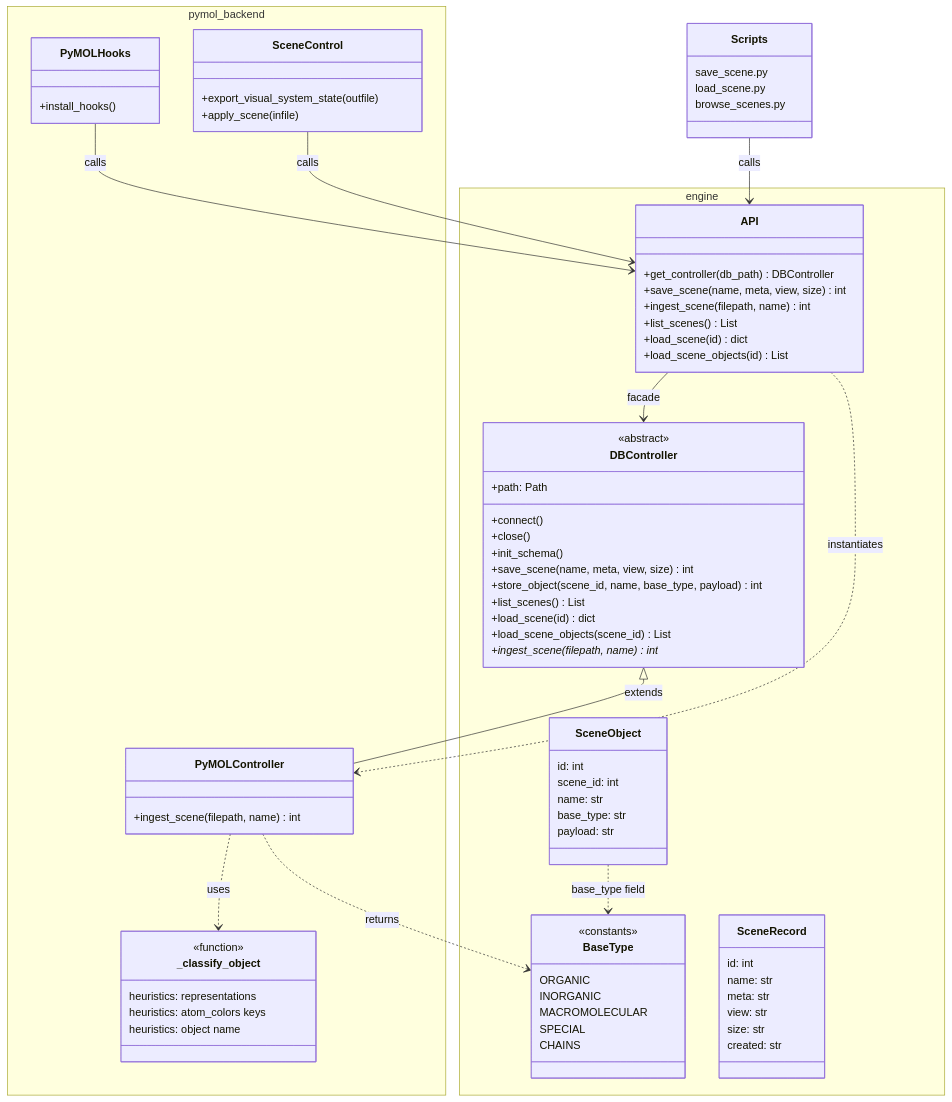
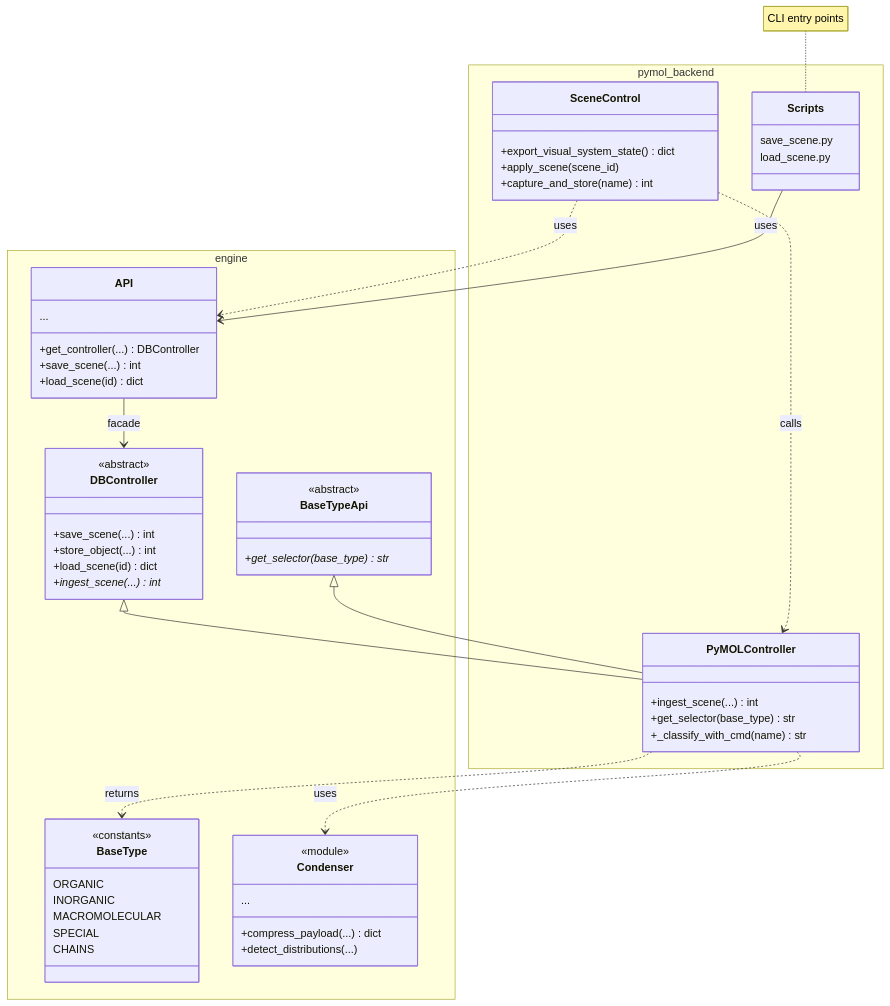
The diagram in README.md (ststevanovic/rac-pymol), drawn with Mermaid before and after one commit. The commit also changed other lines of this file, not shown here.

Commit message:
update readme uml

````diff
--- a/README.md
+++ b/README.md
@@ -15,16 +25,15 @@
     namespace engine {
         class DBController {
             <<abstract>>
-            +path: Path
-            +connect()
-            +close()
-            +init_schema()
-            +save_scene(name, meta, view, size) int
-            +store_object(scene_id, name, base_type, payload) int
-            +list_scenes() List
+            +save_scene(...) int
+            +store_object(...) int
             +load_scene(id) dict
-            +load_scene_objects(scene_id) List
-            +ingest_scene(filepath, name)* int
+            +ingest_scene(...)* int
+        }
+
+        class BaseTypeApi {
+            <<abstract>>
+            +get_selector(base_type)* str
         }
 
         class BaseType {
@@ -36,68 +45,48 @@
             CHAINS
         }
 
-        class SceneRecord {
-            id: int
-            name: str
-            meta: str
-            view: str
-            size: str
-            created: str
-        }
-
-        class SceneObject {
-            id: int
-            scene_id: int
-            name: str
-            base_type: str
-            payload: str
+        class Condenser {
+            <<module>>
+            +compress_payload(...) dict
+            +detect_distributions(...)
+            ...
         }
 
         class API {
-            +get_controller(db_path) DBController
-            +save_scene(name, meta, view, size) int
-            +ingest_scene(filepath, name) int
-            +list_scenes() List
+            +get_controller(...) DBController
+            +save_scene(...) int
             +load_scene(id) dict
-            +load_scene_objects(id) List
+            ...
         }
     }
 
     namespace pymol_backend {
         class PyMOLController {
-            +ingest_scene(filepath, name) int
-        }
-
-        class _classify_object {
-            <<function>>
-            heuristics: representations
-            heuristics: atom_colors keys
-            heuristics: object name
+            +ingest_scene(...) int
+            +get_selector(base_type) str
+            +_classify_with_cmd(name) str
         }
 
         class SceneControl {
-            +export_visual_system_state(outfile)
-            +apply_scene(infile)
+            +export_visual_system_state() dict
+            +apply_scene(scene_id)
+            +capture_and_store(name) int
         }
 
-        class PyMOLHooks {
-            +install_hooks()
+        class Scripts {
+            save_scene.py
+            load_scene.py
         }
     }
 
-    class Scripts {
-        save_scene.py
-        load_scene.py
-        browse_scenes.py
-    }
-
-    DBController <|-- PyMOLController : extends
-    PyMOLController ..> _classify_object : uses
+    DBController <|-- PyMOLController
+    BaseTypeApi <|-- PyMOLController
+    PyMOLController ..> Condenser : uses
     PyMOLController ..> BaseType : returns
+    SceneControl ..> PyMOLController : calls
+    SceneControl ..> API : uses
     API --> DBController : facade
-    API ..> PyMOLController : instantiates
-    PyMOLHooks --> API : calls
-    SceneControl --> API : calls
-    Scripts --> API : calls
-    SceneObject ..> BaseType : base_type field
+    Scripts --> API : uses
+    
+    note for Scripts "CLI entry points"
 ```
````
